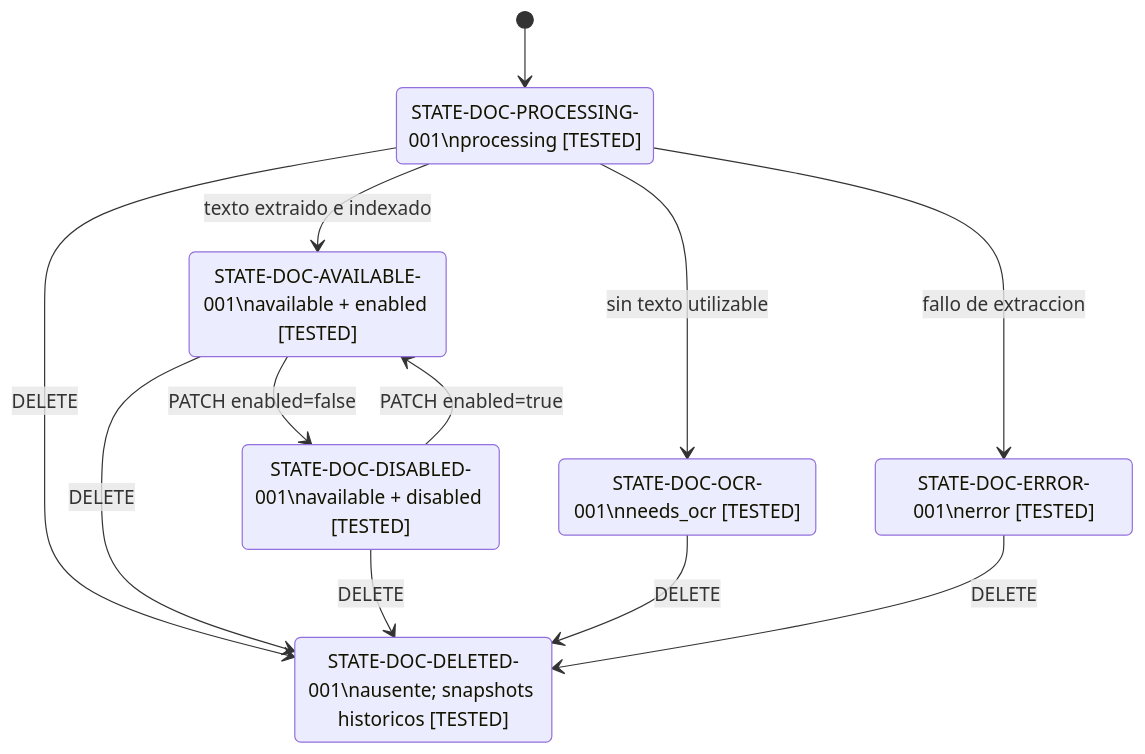
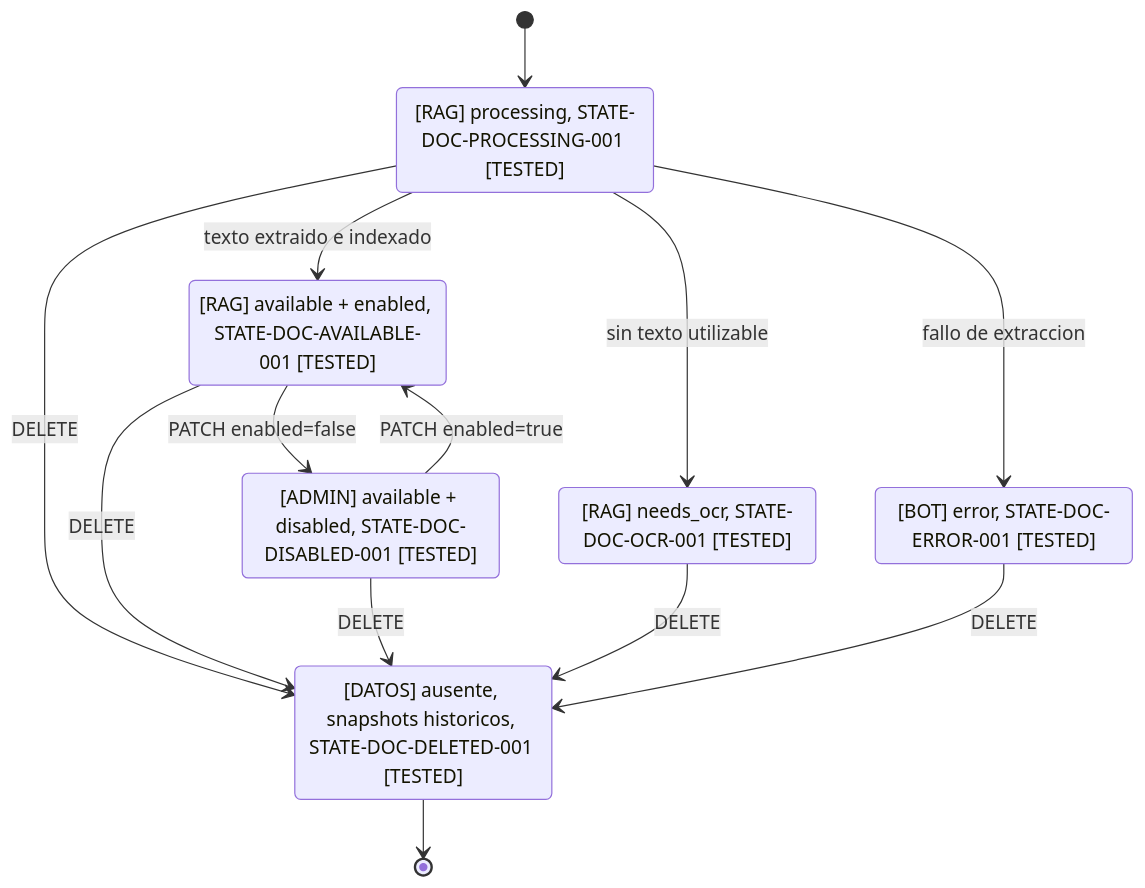
One commit to JhofredCam/TechSphereChallenge changed the fifth of 8 diagrams in specs/06_system_flow_diagram_specification.md. Above: the diagram before and after it, drawn with Mermaid. The commit also changed other lines of this file and 2 other files, not shown here.

Commit message:
docs(architecture): fix and style Mermaid diagrams

````diff
--- a/specs/06_system_flow_diagram_specification.md
+++ b/specs/06_system_flow_diagram_specification.md
@@ -507,21 +578,33 @@
 ```mermaid
 stateDiagram-v2
     [*] --> PROCESSING
-    state "STATE-DOC-PROCESSING-001\nprocessing [TESTED]" as PROCESSING
-    state "STATE-DOC-AVAILABLE-001\navailable + enabled [TESTED]" as ENABLED
-    state "STATE-DOC-DISABLED-001\navailable + disabled [TESTED]" as DISABLED
-    state "STATE-DOC-OCR-001\nneeds_ocr [TESTED]" as OCR
-    state "STATE-DOC-ERROR-001\nerror [TESTED]" as ERROR
-    state "STATE-DOC-DELETED-001\nausente; snapshots historicos [TESTED]" as DELETED
+    state "[RAG] processing, STATE-DOC-PROCESSING-001 [TESTED]" as PROCESSING
+    state "[RAG] available + enabled, STATE-DOC-AVAILABLE-001 [TESTED]" as ENABLED
+    state "[ADMIN] available + disabled, STATE-DOC-DISABLED-001 [TESTED]" as DISABLED
+    state "[RAG] needs_ocr, STATE-DOC-OCR-001 [TESTED]" as OCR
+    state "[BOT] error, STATE-DOC-ERROR-001 [TESTED]" as ERROR
+    state "[DATOS] ausente, snapshots historicos, STATE-DOC-DELETED-001 [TESTED]" as DELETED
 
     PROCESSING --> ENABLED: texto extraido e indexado
     PROCESSING --> OCR: sin texto utilizable
     PROCESSING --> ERROR: fallo de extraccion
     PROCESSING --> DELETED: DELETE
     ENABLED --> DISABLED: PATCH enabled=false
     DISABLED --> ENABLED: PATCH enabled=true
     ENABLED --> DELETED: DELETE
     DISABLED --> DELETED: DELETE
     OCR --> DELETED: DELETE
     ERROR --> DELETED: DELETE
+    DELETED --> [*]
+
+    classDef docProcessing fill:#CCFBF1,stroke:#0F766E,color:#134E4A;
+    classDef docReady fill:#DCFCE7,stroke:#15803D,color:#14532D;
+    classDef docAdmin fill:#FEF3C7,stroke:#B45309,color:#78350F;
+    classDef docBlocked fill:#FEE2E2,stroke:#B91C1C,color:#7F1D1D;
+    classDef docData fill:#E2E8F0,stroke:#475569,color:#1E293B;
+    class PROCESSING docProcessing;
+    class ENABLED docReady;
+    class DISABLED docAdmin;
+    class OCR,ERROR docBlocked;
+    class DELETED docData;
 ```
````
